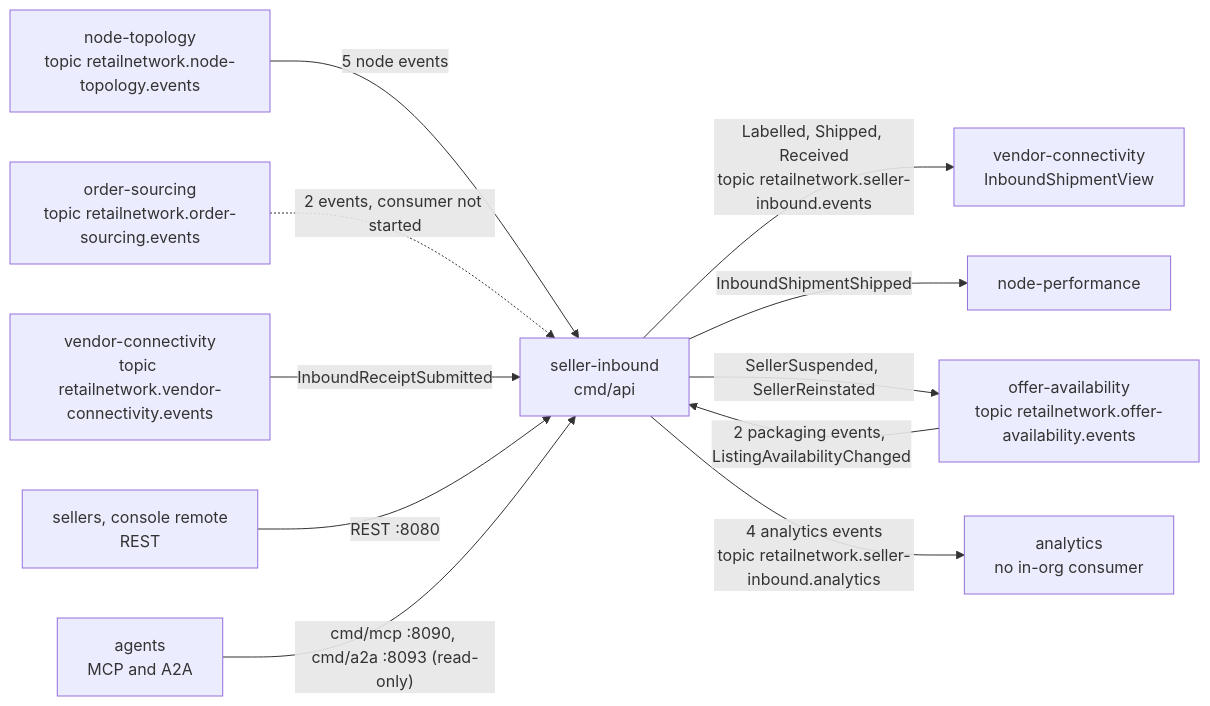
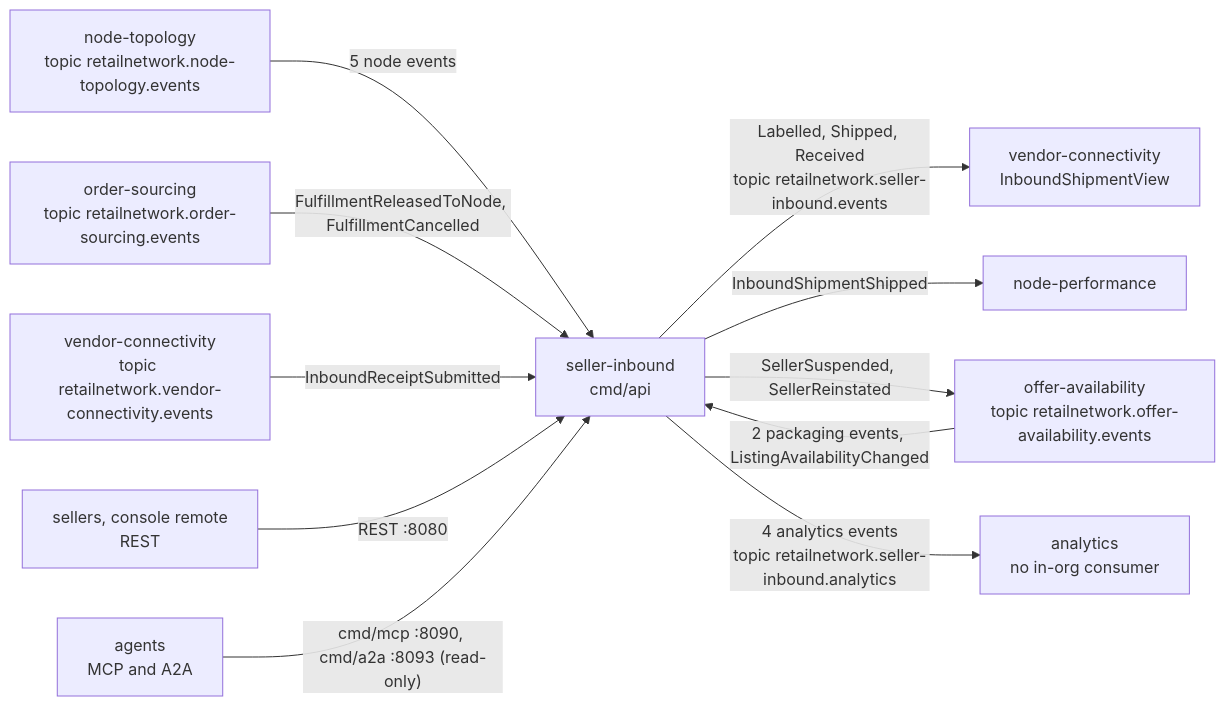
The diagram in docs/docs/ecosystem/integration.md (IQVO/seller-inbound), drawn with Mermaid before and after one commit. The commit also changed other lines of this file and 23 other files, not shown here.

````diff
--- a/docs/docs/ecosystem/integration.md
+++ b/docs/docs/ecosystem/integration.md
@@ -21,23 +21,23 @@
 ```mermaid
 flowchart LR
     NT["node-topology<br/>topic retailnetwork.node-topology.events"]
     OA["offer-availability<br/>topic retailnetwork.offer-availability.events"]
     VC["vendor-connectivity<br/>topic retailnetwork.vendor-connectivity.events"]
     SI["seller-inbound<br/>cmd/api"]
     NP["node-performance"]
     VC2["vendor-connectivity<br/>InboundShipmentView"]
     AN["analytics<br/>no in-org consumer"]
     SEL["sellers, console remote<br/>REST"]
     AG["agents<br/>MCP and A2A"]
     NT -->|"5 node events"| SI
     OA -->|"2 packaging events, ListingAvailabilityChanged"| SI
     OS["order-sourcing<br/>topic retailnetwork.order-sourcing.events"]
-    OS -.->|"2 events, consumer not started"| SI
+    OS -->|"FulfillmentReleasedToNode, FulfillmentCancelled"| SI
     VC -->|"InboundReceiptSubmitted"| SI
     SI -->|"Labelled, Shipped, Received<br/>topic retailnetwork.seller-inbound.events"| VC2
     SI -->|"InboundShipmentShipped"| NP
     SI -->|"SellerSuspended, SellerReinstated"| OA
     SI -->|"4 analytics events<br/>topic retailnetwork.seller-inbound.analytics"| AN
     SEL -->|"REST :8080"| SI
     AG -->|"cmd/mcp :8090, cmd/a2a :8093 (read-only)"| SI
 ```
````
